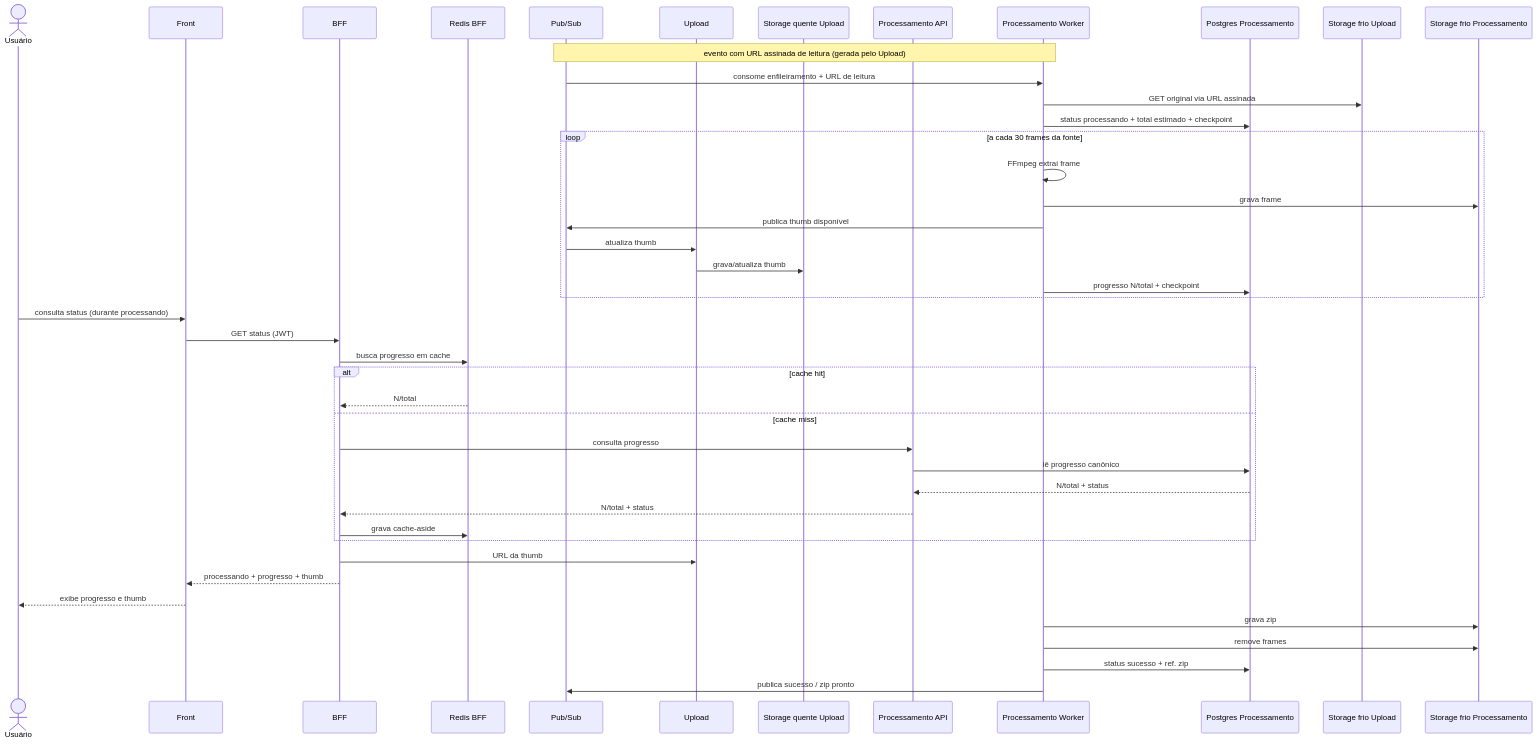
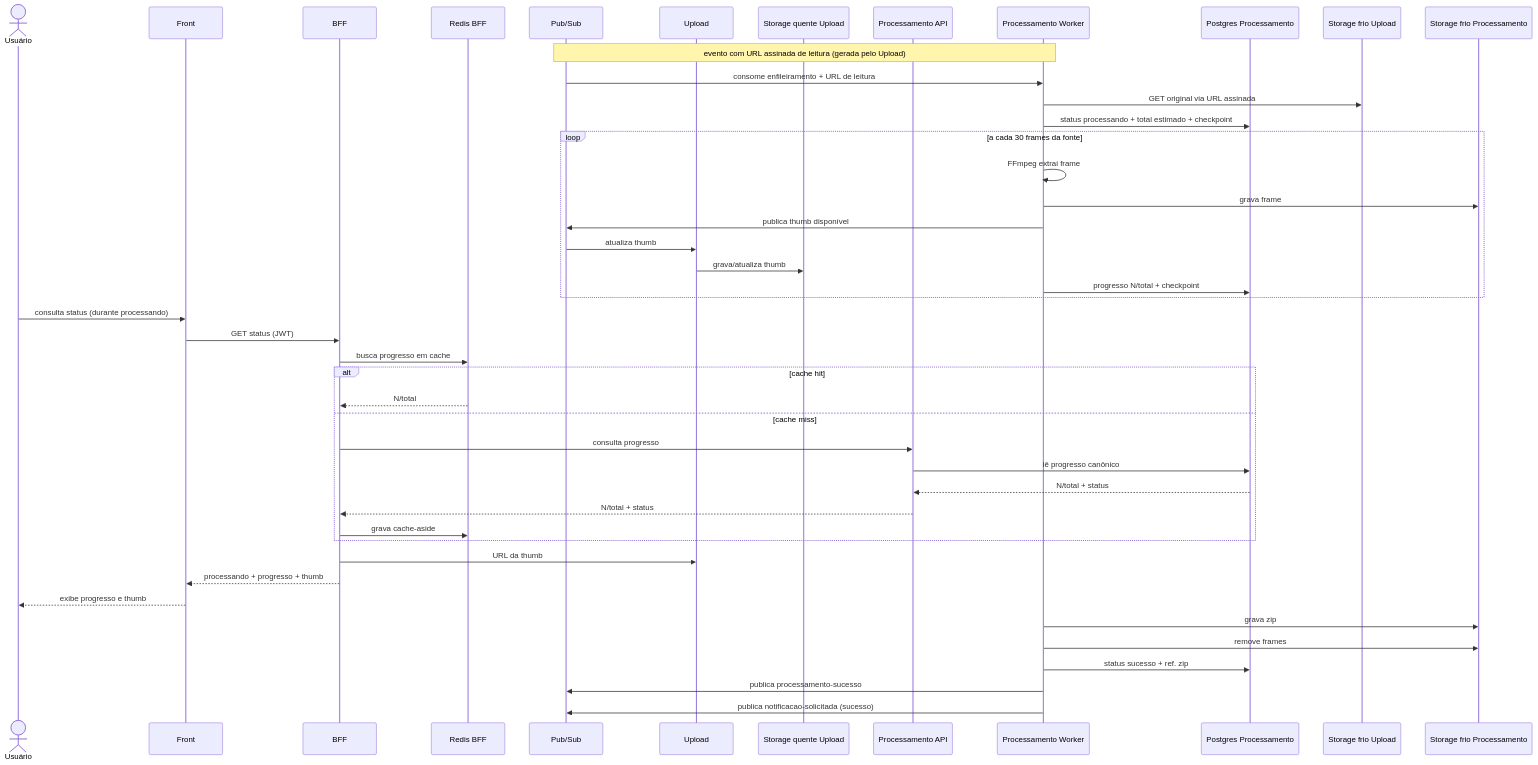
The diagram in fluxo-e-estados/02_caminho-feliz-processamento.md (fiap-x-vcosta/docs), drawn with Mermaid before and after one commit. The commit also changed other lines of this file and 18 other files, not shown here.

````diff
--- a/fluxo-e-estados/02_caminho-feliz-processamento.md
+++ b/fluxo-e-estados/02_caminho-feliz-processamento.md
@@ -1,50 +1,51 @@
 ```mermaid
 sequenceDiagram
   actor U as Usuário
   participant Web as Front
   participant BFF as BFF
   participant Redis as Redis BFF
   participant Bus as Pub/Sub
   participant Up as Upload
   participant Quente as Storage quente Upload
   participant Api as Processamento API
   participant Worker as Processamento Worker
   participant PGP as Postgres Processamento
   participant FrioUp as Storage frio Upload
   participant FrioProc as Storage frio Processamento
 
   Note over Bus,Worker: evento com URL assinada de leitura (gerada pelo Upload)
   Bus->>Worker: consome enfileiramento + URL de leitura
   Worker->>FrioUp: GET original via URL assinada
   Worker->>PGP: status processando + total estimado + checkpoint
 
   loop a cada 30 frames da fonte
     Worker->>Worker: FFmpeg extrai frame
     Worker->>FrioProc: grava frame
     Worker->>Bus: publica thumb disponível
     Bus->>Up: atualiza thumb
     Up->>Quente: grava/atualiza thumb
     Worker->>PGP: progresso N/total + checkpoint
   end
 
   U->>Web: consulta status (durante processando)
   Web->>BFF: GET status (JWT)
   BFF->>Redis: busca progresso em cache
   alt cache hit
     Redis-->>BFF: N/total
   else cache miss
     BFF->>Api: consulta progresso
     Api->>PGP: lê progresso canônico
     PGP-->>Api: N/total + status
     Api-->>BFF: N/total + status
     BFF->>Redis: grava cache-aside
   end
   BFF->>Up: URL da thumb
   BFF-->>Web: processando + progresso + thumb
   Web-->>U: exibe progresso e thumb
 
   Worker->>FrioProc: grava zip
   Worker->>FrioProc: remove frames
   Worker->>PGP: status sucesso + ref. zip
-  Worker->>Bus: publica sucesso / zip pronto
+  Worker->>Bus: publica processamento-sucesso
+  Worker->>Bus: publica notificacao-solicitada (sucesso)
 ```
````
